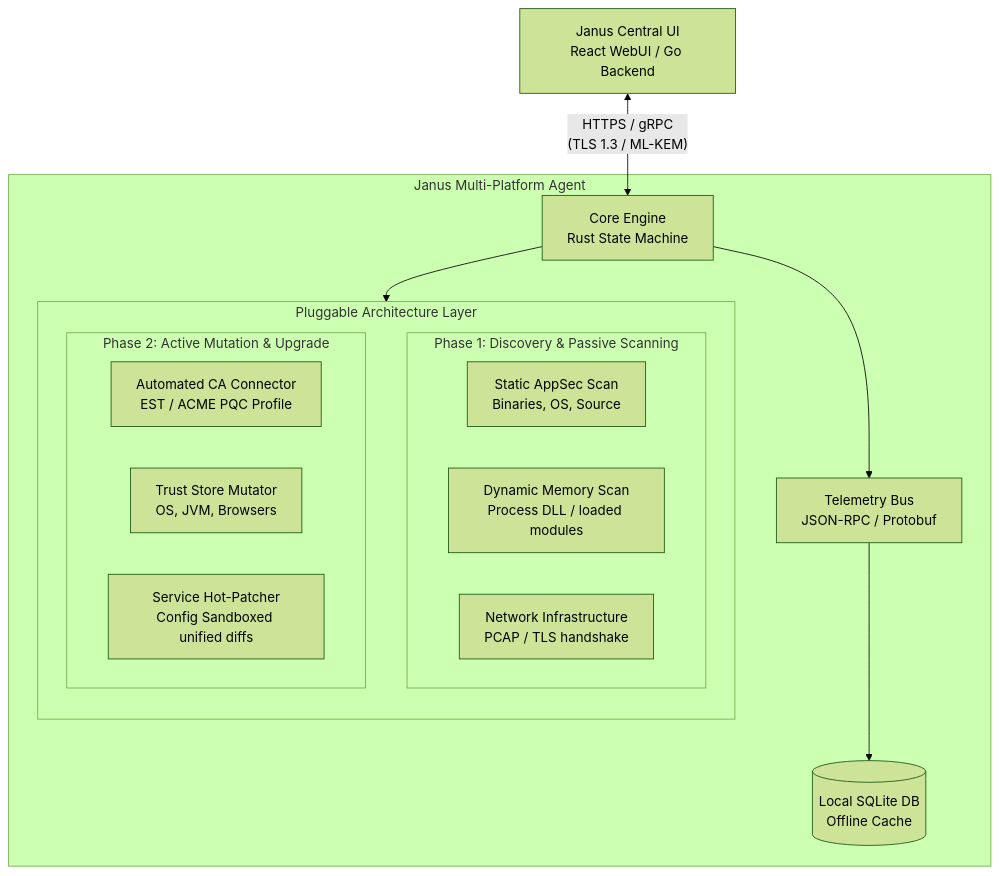
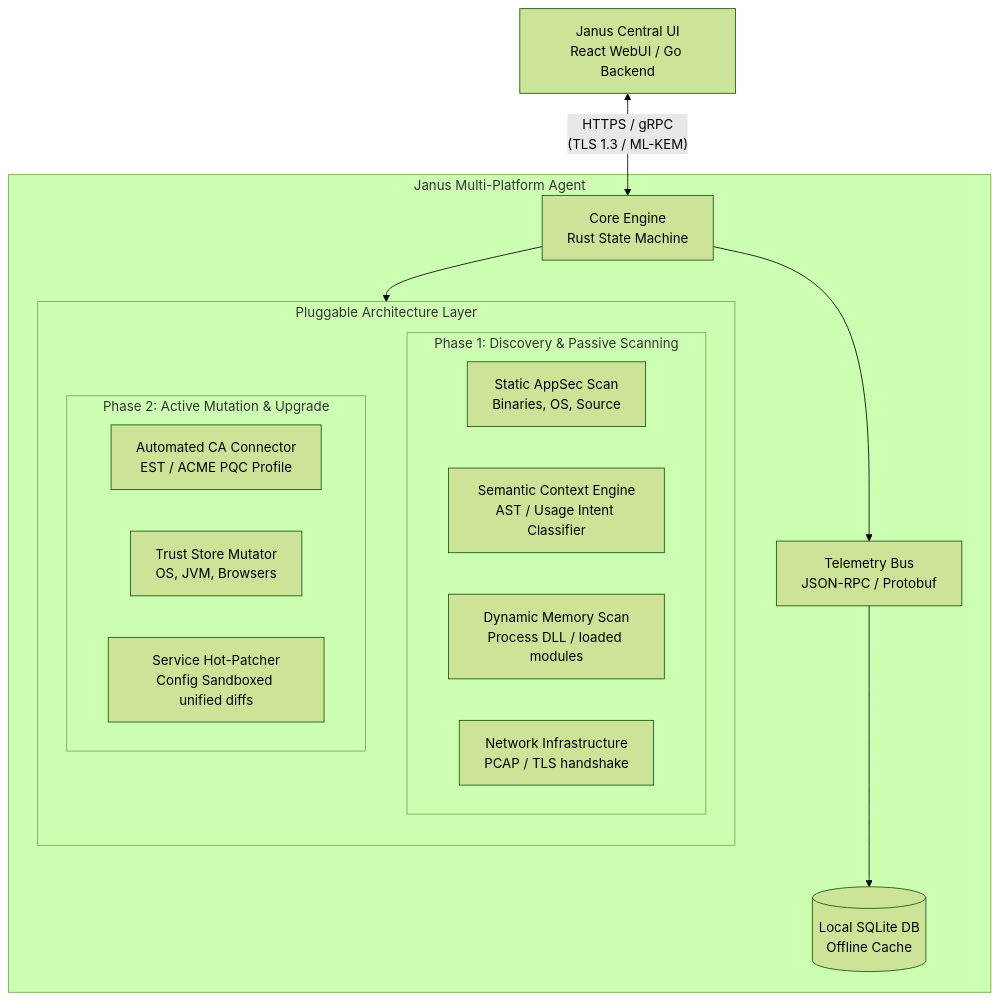
Before and after one commit to Sean-Khorasani/Janus_CryptoBOM: the first of 3 diagrams in docs/design.md, drawn with Mermaid (forest theme). The commit also changed other lines of this file, not shown here.

Commit message:
- Modernize architecture diagrams and document AI integration. - Replaced legacy design charts with beautiful, structured Mermaid diagrams. - Documented the new LLM-augmented telemetry pipeline and false-positive heuristics.

````diff
--- a/docs/design.md
+++ b/docs/design.md
@@ -10,28 +10,29 @@
 ```mermaid
 graph TD
     UI[Janus Central UI<br>React WebUI / Go Backend]
     subgraph AGENT [Janus Multi-Platform Agent]
         CE[Core Engine<br>Rust State Machine]
         TB[Telemetry Bus<br>JSON-RPC / Protobuf]
         DB[(Local SQLite DB<br>Offline Cache)]
         
         subgraph PLUGINS [Pluggable Architecture Layer]
             direction TB
             subgraph PHASE1 [Phase 1: Discovery & Passive Scanning]
                 SAS[Static AppSec Scan<br>Binaries, OS, Source]
+                SEM[Semantic Context Engine<br>AST / Usage Intent Classifier]
                 DMS[Dynamic Memory Scan<br>Process DLL / loaded modules]
                 NET[Network Infrastructure<br>PCAP / TLS handshake]
             end
             subgraph PHASE2 [Phase 2: Active Mutation & Upgrade]
                 ACC[Automated CA Connector<br>EST / ACME PQC Profile]
                 TSM[Trust Store Mutator<br>OS, JVM, Browsers]
                 SHP[Service Hot-Patcher<br>Config Sandboxed unified diffs]
             end
         end
     end
 
     UI <-- "HTTPS / gRPC<br>(TLS 1.3 / ML-KEM)" --> CE
     CE --> TB
     TB --> DB
     CE --> PLUGINS
 ```
````
